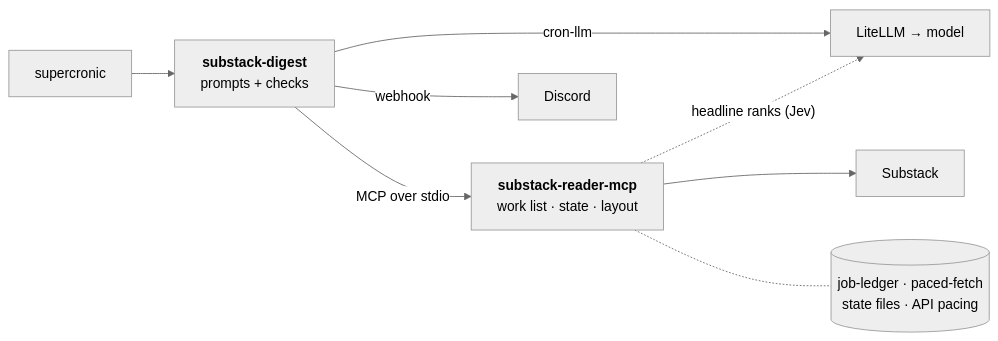
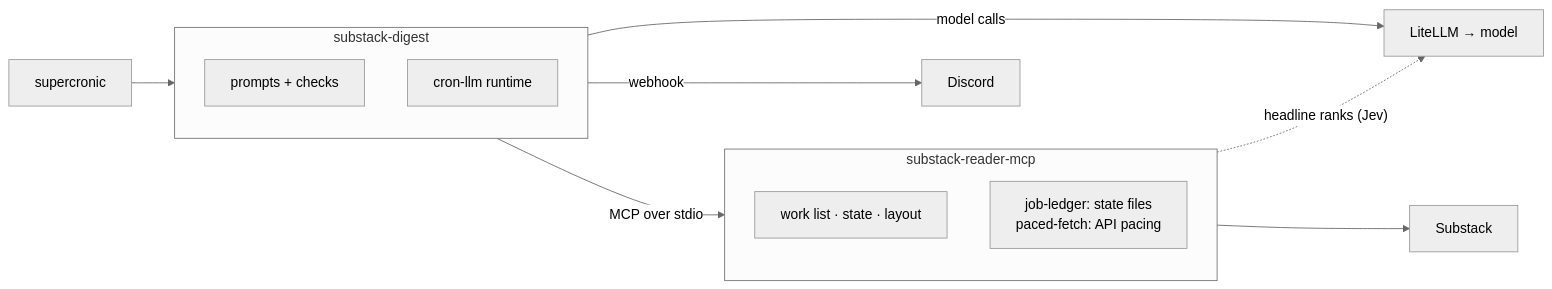
The diagram in README.md (wkbaran/substack-digest), drawn with Mermaid (neutral theme) before and after one commit.

Commit message:
README diagram: packages as titled boxes with their parts inside (GitHub ignores bold in labels)

````diff
--- a/README.md
+++ b/README.md
@@ -29,13 +29,17 @@
 ```mermaid
 flowchart LR
-  cron["supercronic"] --> job["`**substack-digest**
-prompts + checks`"]
-  job -- "cron-llm" --> llm["LiteLLM → model"]
-  job -- "MCP over stdio" --> mcp["`**substack-reader-mcp**
-work list · state · layout`"]
+  cron["supercronic"] --> job
+  subgraph job["substack-digest"]
+    jp["prompts + checks"]
+    jc["cron-llm runtime"]
+  end
+  subgraph mcp["substack-reader-mcp"]
+    mp["work list · state · layout"]
+    ml["job-ledger: state files<br/>paced-fetch: API pacing"]
+  end
+  job -- "model calls" --> llm["LiteLLM → model"]
+  job -- "MCP over stdio" --> mcp
   mcp --> api["Substack"]
   mcp -. "headline ranks (Jev)" .-> llm
-  mcp -.- libs[("`job-ledger · paced-fetch
-state files · API pacing`")]
   job -- "webhook" --> discord["Discord"]
 ```
````
